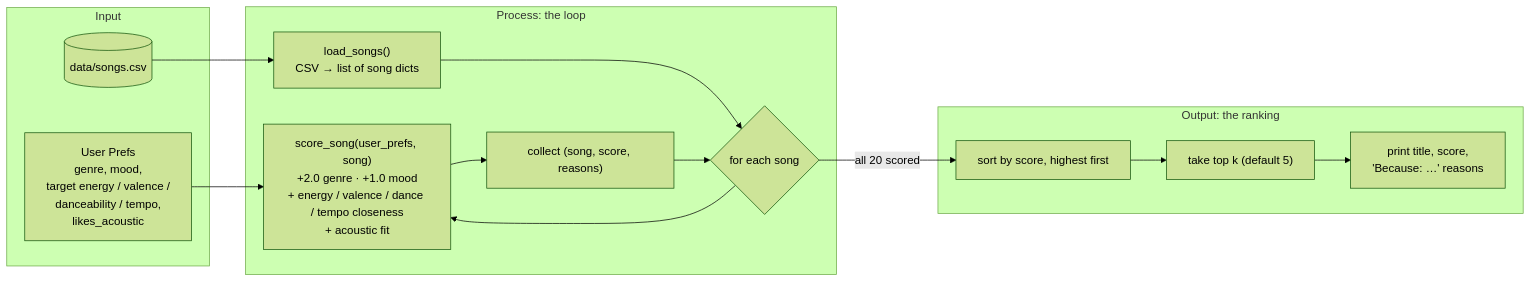
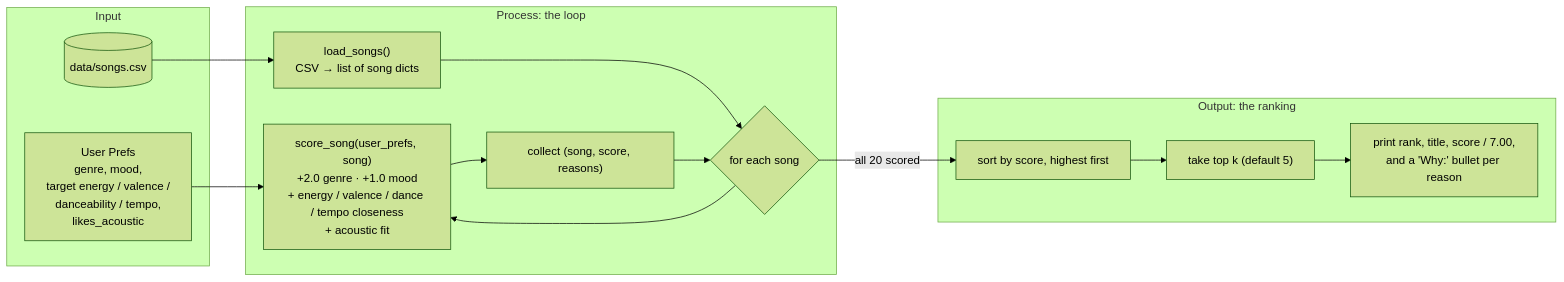
The diagram in README.md (skuldshao/ai110-module3show-musicrecommendersimulation-starter), drawn with Mermaid (forest theme) before and after one commit. The commit also changed other lines of this file and 3 other files, not shown here.

````diff
--- a/README.md
+++ b/README.md
@@ -53,25 +53,25 @@
 ```mermaid
 flowchart LR
     subgraph Input
         U["User Prefs<br/>genre, mood,<br/>target energy / valence /<br/>danceability / tempo,<br/>likes_acoustic"]
         C[("data/songs.csv")]
     end
 
     subgraph Process["Process: the loop"]
         L["load_songs()<br/>CSV → list of song dicts"]
         F{"for each song"}
         S["score_song(user_prefs, song)<br/>+2.0 genre · +1.0 mood<br/>+ energy / valence / dance / tempo closeness<br/>+ acoustic fit"]
         R["collect (song, score, reasons)"]
     end
 
     subgraph Output["Output: the ranking"]
         O["sort by score, highest first"]
         K["take top k (default 5)"]
-        P["print title, score,<br/>'Because: …' reasons"]
+        P["print rank, title, score / 7.00,<br/>and a 'Why:' bullet per reason"]
     end
 
     C --> L --> F
     U --> S
     F --> S --> R --> F
     F -- "all 20 scored" --> O --> K --> P
 ```
````
